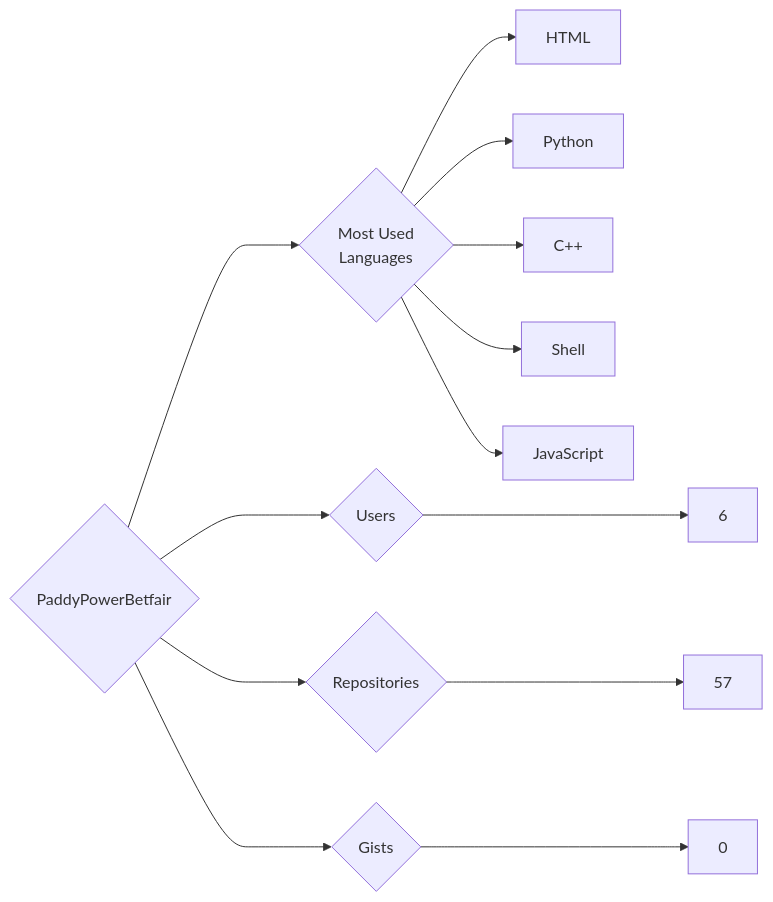
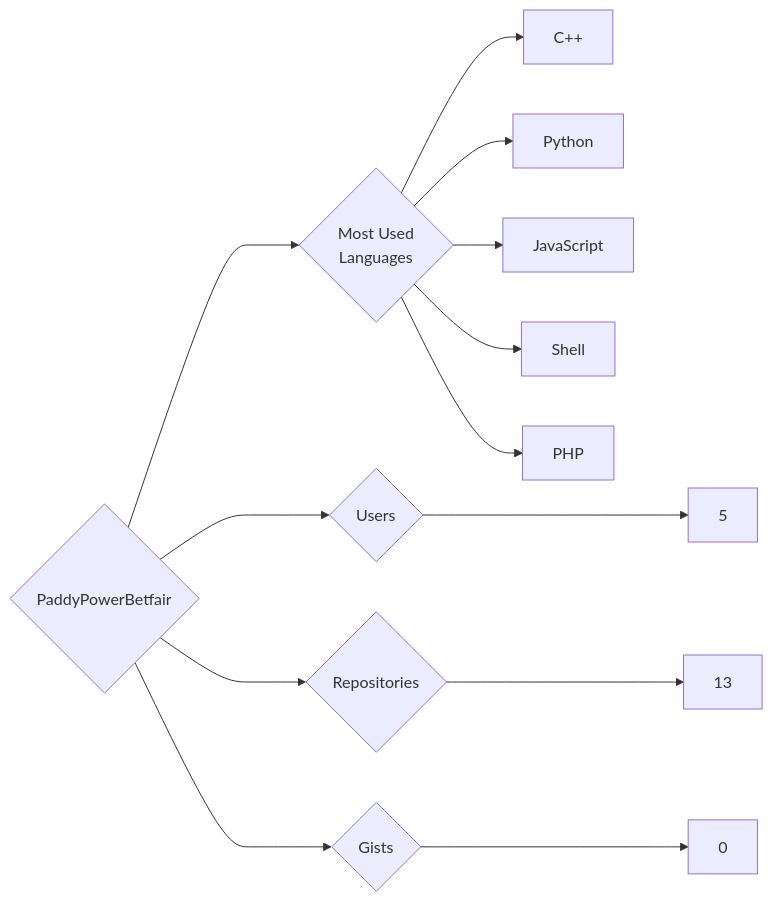
The diagram in targets/PaddyPowerBetfair/README.md (trickest/insiders), drawn with Mermaid before and after one commit. The commit also changed 1484 other files, not shown here.

````diff
--- a/targets/PaddyPowerBetfair/README.md
+++ b/targets/PaddyPowerBetfair/README.md
@@ -3,13 +3,13 @@
 ```mermaid
 graph LR
 COMPANY_NAME{PaddyPowerBetfair}
-COMPANY_NAME ---> U{Users} ---> UN[6]
-COMPANY_NAME ---> R{Repositories} ---> RN[57]
+COMPANY_NAME ---> U{Users} ---> UN[5]
+COMPANY_NAME ---> R{Repositories} ---> RN[13]
 COMPANY_NAME ---> G{Gists} ---> GN[0]
 COMPANY_NAME ---> ML{Most Used<br>Languages}
-ML --> HTML[HTML]
+ML --> C++[C++]
 ML --> Python[Python]
-ML --> C++[C++]
+ML --> JavaScript[JavaScript]
 ML --> Shell[Shell]
-ML --> JavaScript[JavaScript]
+ML --> PHP[PHP]
 ```
````
